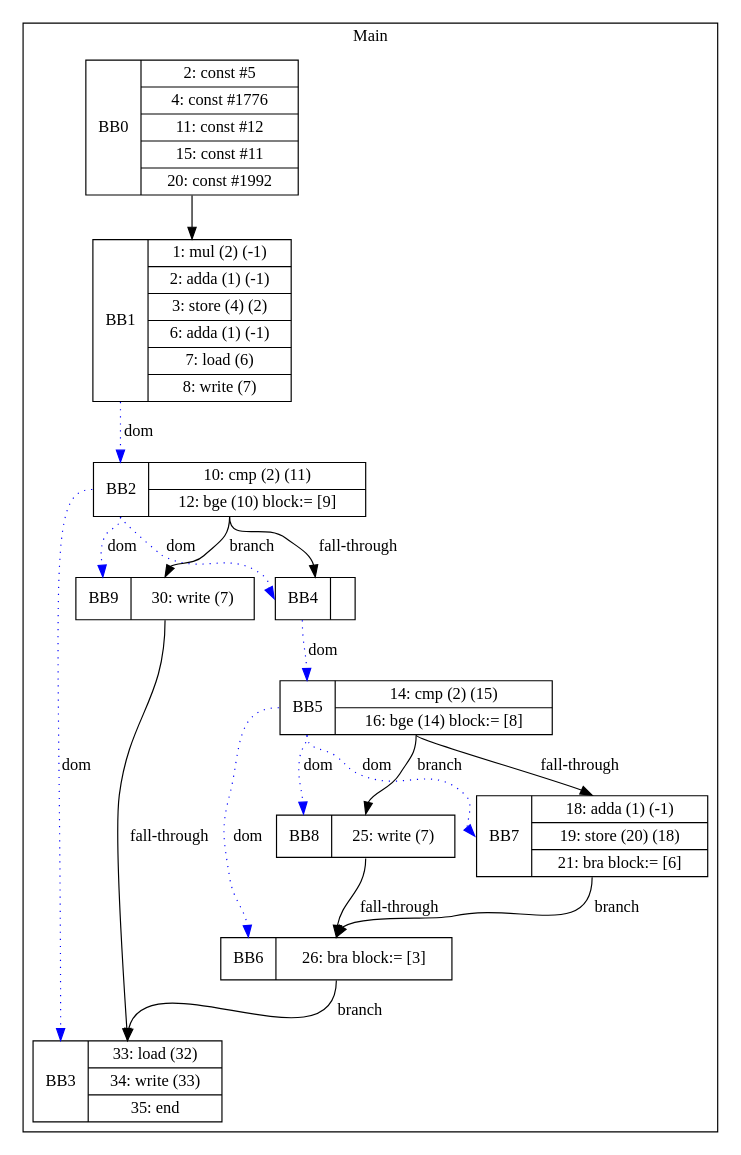
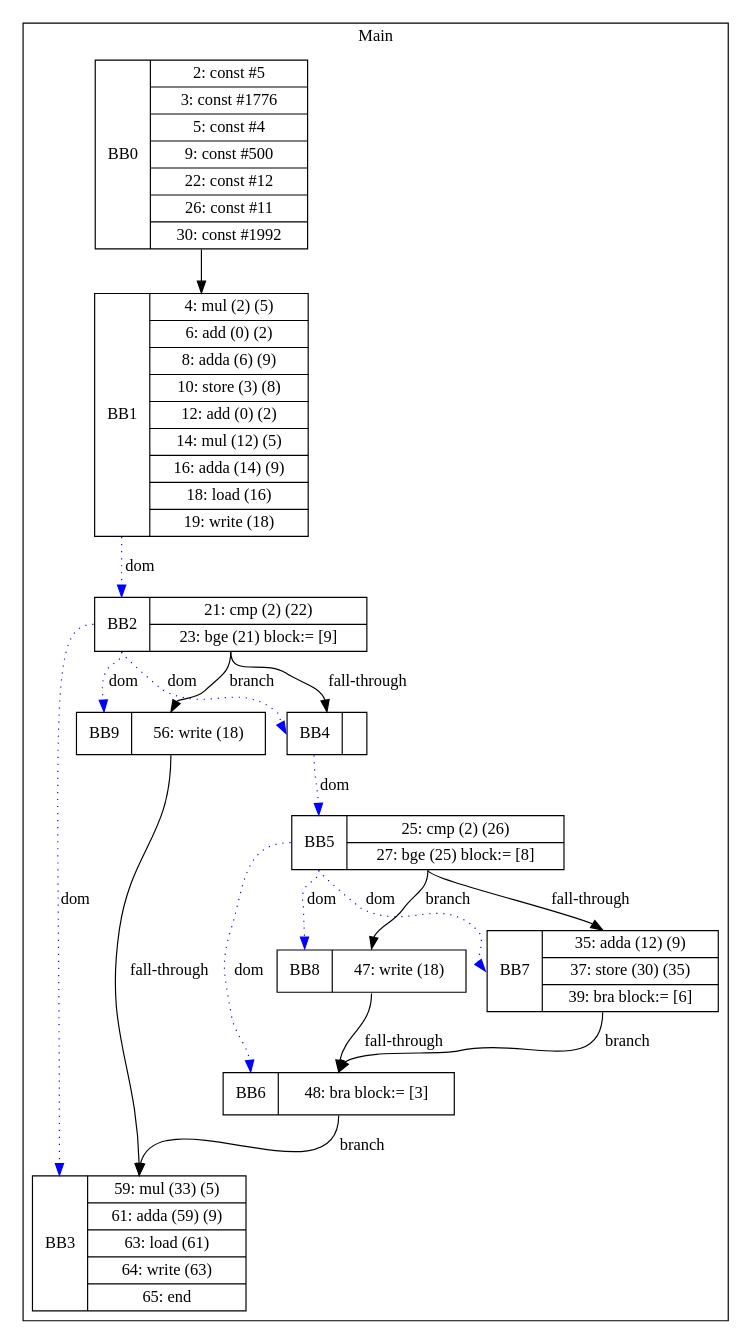
The diagram in visualization/jmcgowa/CSE_Tests/IF_IN_IF_ARRAY_WRITE.gv (zjc664656505/UCI-CS241-Advanced-Compiler-main), drawn with Graphviz before and after one commit. The commit also changed 35 other files, not shown here.

```diff
--- a/visualization/jmcgowa/CSE_Tests/IF_IN_IF_ARRAY_WRITE.gv
+++ b/visualization/jmcgowa/CSE_Tests/IF_IN_IF_ARRAY_WRITE.gv
@@ -1,33 +1,33 @@
 digraph G {
 node [shape=record];
 subgraph cluster_main{
 label = "Main";
-BB0 [shape=record, label="<b>BB0|{2: const #5|4: const #1776|11: const #12|15: const #11|20: const #1992}"];
-BB1 [shape=record, label="<b>BB1|{1: mul (2) (-1)|2: adda (1) (-1)|3: store (4) (2)|6: adda (1) (-1)|7: load (6)|8: write (7)}"];
-BB2 [shape=record, label="<b>BB2|{10: cmp (2) (11)|12: bge (10) block:= [9]}"];
-BB3 [shape=record, label="<b>BB3|{33: load (32)|34: write (33)|35: end}"];
+BB0 [shape=record, label="<b>BB0|{2: const #5|3: const #1776|5: const #4|9: const #500|22: const #12|26: const #11|30: const #1992}"];
+BB1 [shape=record, label="<b>BB1|{4: mul (2) (5)|6: add (0) (2)|8: adda (6) (9)|10: store (3) (8)|12: add (0) (2)|14: mul (12) (5)|16: adda (14) (9)|18: load (16)|19: write (18)}"];
+BB2 [shape=record, label="<b>BB2|{21: cmp (2) (22)|23: bge (21) block:= [9]}"];
+BB3 [shape=record, label="<b>BB3|{59: mul (33) (5)|61: adda (59) (9)|63: load (61)|64: write (63)|65: end}"];
 BB4 [shape=record, label="<b>BB4|}"];
-BB5 [shape=record, label="<b>BB5|{14: cmp (2) (15)|16: bge (14) block:= [8]}"];
-BB6 [shape=record, label="<b>BB6|{26: bra block:= [3]}"];
-BB7 [shape=record, label="<b>BB7|{18: adda (1) (-1)|19: store (20) (18)|21: bra block:= [6]}"];
-BB8 [shape=record, label="<b>BB8|{25: write (7)}"];
-BB9 [shape=record, label="<b>BB9|{30: write (7)}"];
+BB5 [shape=record, label="<b>BB5|{25: cmp (2) (26)|27: bge (25) block:= [8]}"];
+BB6 [shape=record, label="<b>BB6|{48: bra block:= [3]}"];
+BB7 [shape=record, label="<b>BB7|{35: adda (12) (9)|37: store (30) (35)|39: bra block:= [6]}"];
+BB8 [shape=record, label="<b>BB8|{47: write (18)}"];
+BB9 [shape=record, label="<b>BB9|{56: write (18)}"];
 }
 BB0:s -> BB1:n ;
 BB2:b -> BB4:b [color=blue, style=dotted, label="dom"];
 BB1:b -> BB2:b [color=blue, style=dotted, label="dom"];
 BB5:b -> BB8:b [color=blue, style=dotted, label="dom"];
 BB5:b -> BB7:b [color=blue, style=dotted, label="dom"];
 BB2:b -> BB3:b [color=blue, style=dotted, label="dom"];
 BB2:b -> BB9:b [color=blue, style=dotted, label="dom"];
 BB4:b -> BB5:b [color=blue, style=dotted, label="dom"];
 BB5:b -> BB6:b [color=blue, style=dotted, label="dom"];
 BB2:s -> BB9:n [label="branch"];
 BB6:s -> BB3:n [label="branch"];
 BB7:s -> BB6:n [label="branch"];
 BB5:s -> BB8:n [label="branch"];
 BB2:s -> BB4:n [label="fall-through"];
 BB5:s -> BB7:n [label="fall-through"];
 BB9:s -> BB3:n [label="fall-through"];
 BB8:s -> BB6:n [label="fall-through"];
 }
```
